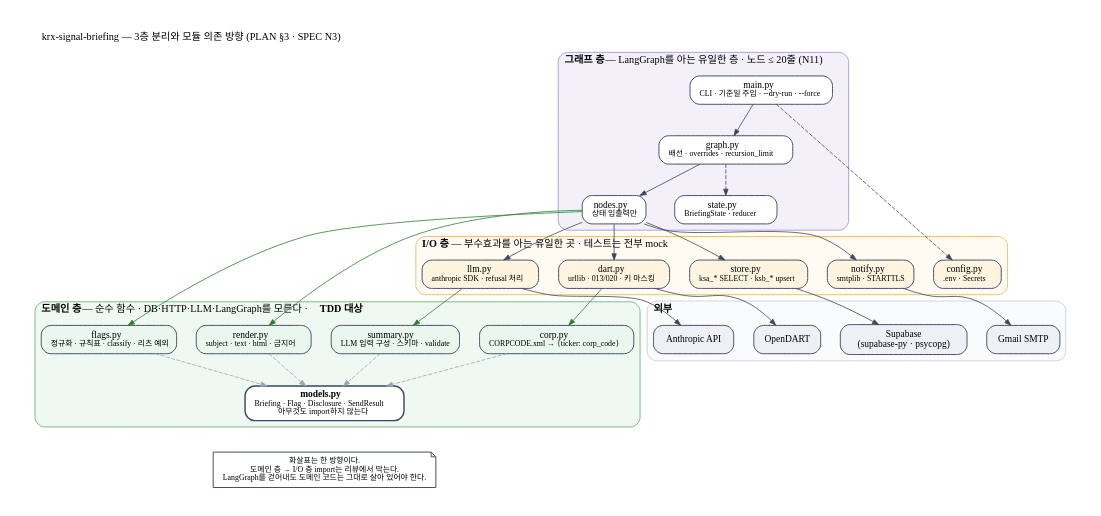
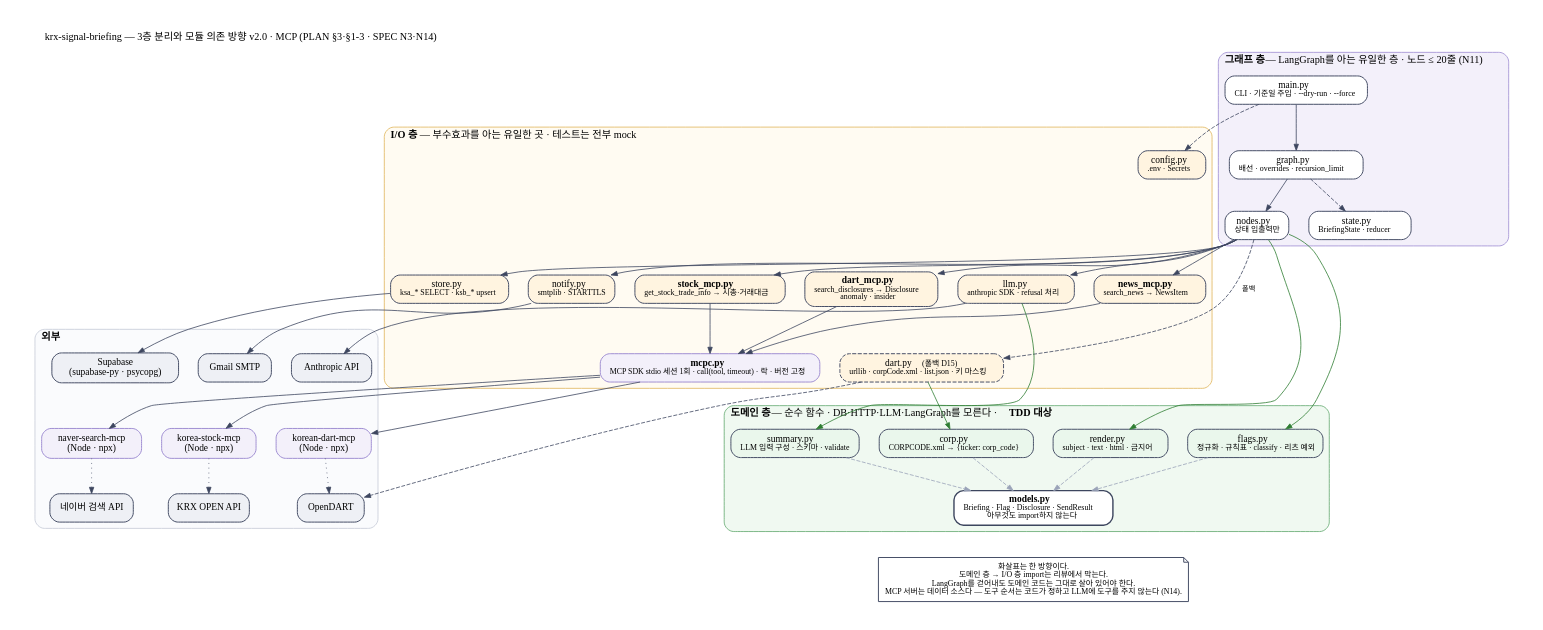
Before and after one commit to daehyub71/krx-signal-briefing: the diagram in docs/diagrams/modules.dot, drawn with Graphviz. The commit also changed 30 other files, not shown here.

First line of the commit message:
feat: M1 DART layer — corp/dart/flags TDD, real-sample rule table, dry run; SPEC v2.0 MCP draft

```diff
--- a/docs/diagrams/modules.dot
+++ b/docs/diagrams/modules.dot
@@ -1,52 +1,65 @@
 digraph modules {
-  graph [fontname="Apple SD Gothic Neo", fontsize=13, rankdir=TB, nodesep=0.35, ranksep=0.55, pad=0.4, bgcolor="white", compound=true,
-         label="krx-signal-briefing — 3층 분리와 모듈 의존 방향 (PLAN §3 · SPEC N3)", labelloc=t, labeljust=l];
+  graph [fontname="Apple SD Gothic Neo", fontsize=13, rankdir=TB, nodesep=0.35, ranksep=0.55, pad=0.4, bgcolor="white", compound=true, newrank=true,
+         label="krx-signal-briefing — 3층 분리와 모듈 의존 방향 v2.0 · MCP (PLAN §3·§1-3 · SPEC N3·N14)", labelloc=t, labeljust=l];
   node  [fontname="Apple SD Gothic Neo", fontsize=12, shape=box, style="rounded,filled", color="#3D465F", penwidth=1.2, margin="0.16,0.08"];
   edge  [fontname="Apple SD Gothic Neo", fontsize=10, color="#3D465F", arrowsize=0.8];
 
   subgraph cluster_graph {
     label=<<b>그래프 층</b> — LangGraph를 아는 유일한 층 · 노드 ≤ 20줄 (N11)>; style="rounded,filled"; fillcolor="#F3F0FA"; color="#9C8AD1";
     main  [label=<main.py<br/><font point-size="10">CLI · 기준일 주입 · --dry-run · --force</font>>, fillcolor="#FFFFFF"];
     graph_ [label=<graph.py<br/><font point-size="10">배선 · overrides · recursion_limit</font>>, fillcolor="#FFFFFF"];
     nodes [label=<nodes.py<br/><font point-size="10">상태 입출력만</font>>, fillcolor="#FFFFFF"];
     state [label=<state.py<br/><font point-size="10">BriefingState · reducer</font>>, fillcolor="#FFFFFF"];
     main -> graph_ -> nodes; graph_ -> state [style=dashed];
   }
 
   subgraph cluster_io {
     label=<<b>I/O 층</b> — 부수효과를 아는 유일한 곳 · 테스트는 전부 mock>; style="rounded,filled"; fillcolor="#FFFBF2"; color="#E0B458";
     store  [label=<store.py<br/><font point-size="10">ksa_* SELECT · ksb_* upsert</font>>, fillcolor="#FFF4E0"];
-    dart   [label=<dart.py<br/><font point-size="10">urllib · 013/020 · 키 마스킹</font>>, fillcolor="#FFF4E0"];
+    mcpc   [label=<<b>mcpc.py</b><br/><font point-size="10">MCP SDK stdio 세션 1회 · call(tool, timeout) · 락 · 버전 고정</font>>, fillcolor="#F3F0FA", color="#9C8AD1"];
+    dmcp   [label=<<b>dart_mcp.py</b><br/><font point-size="10">search_disclosures → Disclosure<br/>anomaly · insider</font>>, fillcolor="#FFF4E0"];
+    nmcp   [label=<<b>news_mcp.py</b><br/><font point-size="10">search_news → NewsItem</font>>, fillcolor="#FFF4E0"];
+    smcp   [label=<<b>stock_mcp.py</b><br/><font point-size="10">get_stock_trade_info → 시총·거래대금</font>>, fillcolor="#FFF4E0"];
+    dart   [label=<dart.py  <font point-size="10">(폴백 D15)</font><br/><font point-size="10">urllib · corpCode.xml · list.json · 키 마스킹</font>>, fillcolor="#FFF4E0", style="rounded,filled,dashed"];
     llm    [label=<llm.py<br/><font point-size="10">anthropic SDK · refusal 처리</font>>, fillcolor="#FFF4E0"];
     notify [label=<notify.py<br/><font point-size="10">smtplib · STARTTLS</font>>, fillcolor="#FFF4E0"];
     config [label=<config.py<br/><font point-size="10">.env · Secrets</font>>, fillcolor="#FFF4E0"];
   }
 
   subgraph cluster_pure {
     label=<<b>도메인 층</b> — 순수 함수 · DB·HTTP·LLM·LangGraph를 모른다 · <b>TDD 대상</b>>; style="rounded,filled"; fillcolor="#F0F9F1"; color="#5FA86B";
     corp    [label=<corp.py<br/><font point-size="10">CORPCODE.xml → {ticker: corp_code}</font>>, fillcolor="#EAF7EC"];
     flags   [label=<flags.py<br/><font point-size="10">정규화 · 규칙표 · classify · 리츠 예외</font>>, fillcolor="#EAF7EC"];
     render  [label=<render.py<br/><font point-size="10">subject · text · html · 금지어</font>>, fillcolor="#EAF7EC"];
     summary [label=<summary.py<br/><font point-size="10">LLM 입력 구성 · 스키마 · validate</font>>, fillcolor="#EAF7EC"];
     models  [label=<<b>models.py</b><br/><font point-size="10">Briefing · Flag · Disclosure · SendResult<br/>아무것도 import하지 않는다</font>>, fillcolor="#FFFFFF", penwidth=1.8];
   }
 
   subgraph cluster_ext {
     label=<<b>외부</b>>; style="rounded,filled"; fillcolor="#FAFBFD"; color="#C5CAD6";
     e_db  [label="Supabase\n(supabase-py · psycopg)", fillcolor="#EEF0F5"];
+    e_kdart [label="korean-dart-mcp\n(Node · npx)", fillcolor="#F3F0FA", color="#9C8AD1"];
+    e_knav  [label="naver-search-mcp\n(Node · npx)", fillcolor="#F3F0FA", color="#9C8AD1"];
+    e_kstk  [label="korea-stock-mcp\n(Node · npx)", fillcolor="#F3F0FA", color="#9C8AD1"];
+    e_krx   [label="KRX OPEN API", fillcolor="#EEF0F5"];
     e_dart [label="OpenDART", fillcolor="#EEF0F5"];
+    e_naver [label="네이버 검색 API", fillcolor="#EEF0F5"];
     e_ant [label="Anthropic API", fillcolor="#EEF0F5"];
     e_smtp [label="Gmail SMTP", fillcolor="#EEF0F5"];
   }
 
-  nodes -> store; nodes -> dart; nodes -> llm; nodes -> notify;
+  mcpc -> flags [style=invis]; mcpc -> render [style=invis]; mcpc -> summary [style=invis]; mcpc -> corp [style=invis];
+  nodes -> store; nodes -> dmcp; nodes -> nmcp; nodes -> smcp; nodes -> llm; nodes -> notify;
+  nodes -> dart [style=dashed, label=" 폴백", fontsize=9];
+  dmcp -> mcpc; nmcp -> mcpc; smcp -> mcpc;
   nodes -> flags [color="#2E7D32"]; nodes -> render [color="#2E7D32"];
   dart -> corp [color="#2E7D32"]; llm -> summary [color="#2E7D32"];
-  store -> e_db; dart -> e_dart; llm -> e_ant; notify -> e_smtp;
+  store -> e_db; mcpc -> e_kdart; mcpc -> e_knav; mcpc -> e_kstk; e_kstk -> e_krx [style=dotted]; dart -> e_dart [style=dashed]; llm -> e_ant; notify -> e_smtp;
+  e_kdart -> e_dart [style=dotted]; e_knav -> e_naver [style=dotted];
   main -> config [style=dashed];
   corp -> models [style=dashed, color="#9AA3B8"]; flags -> models [style=dashed, color="#9AA3B8"];
   render -> models [style=dashed, color="#9AA3B8"]; summary -> models [style=dashed, color="#9AA3B8"];
 
-  note [shape=note, fillcolor="#FFFFFF", fontsize=10, label="화살표는 한 방향이다.\n도메인 층 → I/O 층 import는 리뷰에서 막는다.\nLangGraph를 걷어내도 도메인 코드는 그대로 살아 있어야 한다."];
+  note [shape=note, fillcolor="#FFFFFF", fontsize=10, label="화살표는 한 방향이다.\n도메인 층 → I/O 층 import는 리뷰에서 막는다.\nLangGraph를 걷어내도 도메인 코드는 그대로 살아 있어야 한다.\nMCP 서버는 데이터 소스다 — 도구 순서는 코드가 정하고 LLM에 도구를 주지 않는다 (N14)."];
   models -> note [style=invis];
 }
```
